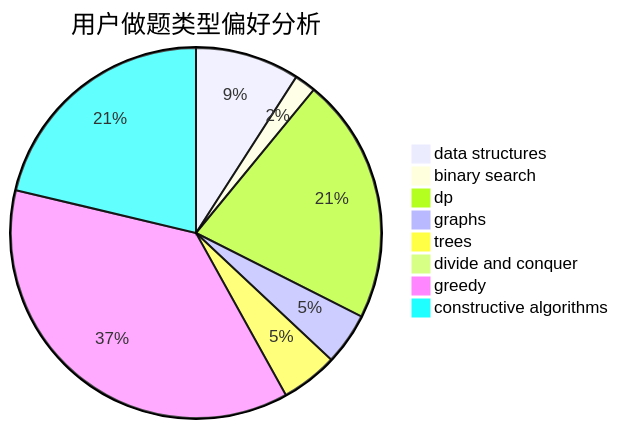
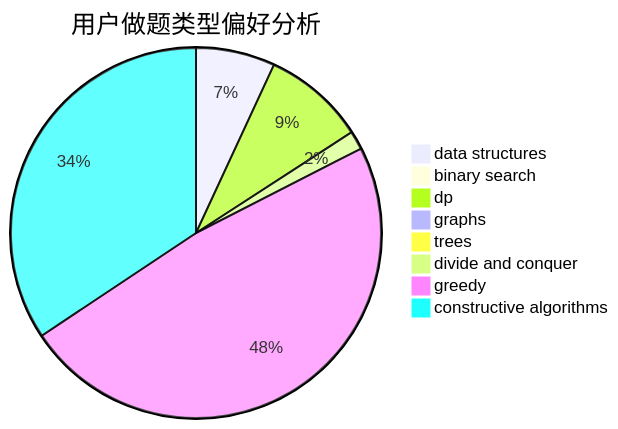
One commit to sherpahu/cfrs.github.io changed the second of 3 diagrams in docs/user/u797.md. Above: the diagram before and after it, drawn with Mermaid. The commit also changed other lines of this file and 2770 other files, not shown here.

````diff
--- a/docs/user/u797.md
+++ b/docs/user/u797.md
@@ -23,11 +23,11 @@
 ```mermaid
 pie title 用户做题类型偏好分析
-    "data structures" :  44
-    "binary search" :  9
-    "dp" :  104
-    "graphs" :  22
-    "trees" :  24
-    "divide and conquer" :  3
-    "greedy" :  178
-    "constructive algorithms" :  103
+    "data structures" :  34
+    "binary search" :  3
+    "dp" :  44
+    "graphs" :  0
+    "trees" :  1
+    "divide and conquer" :  8
+    "greedy" :  237
+    "constructive algorithms" :  169
 ```
````
